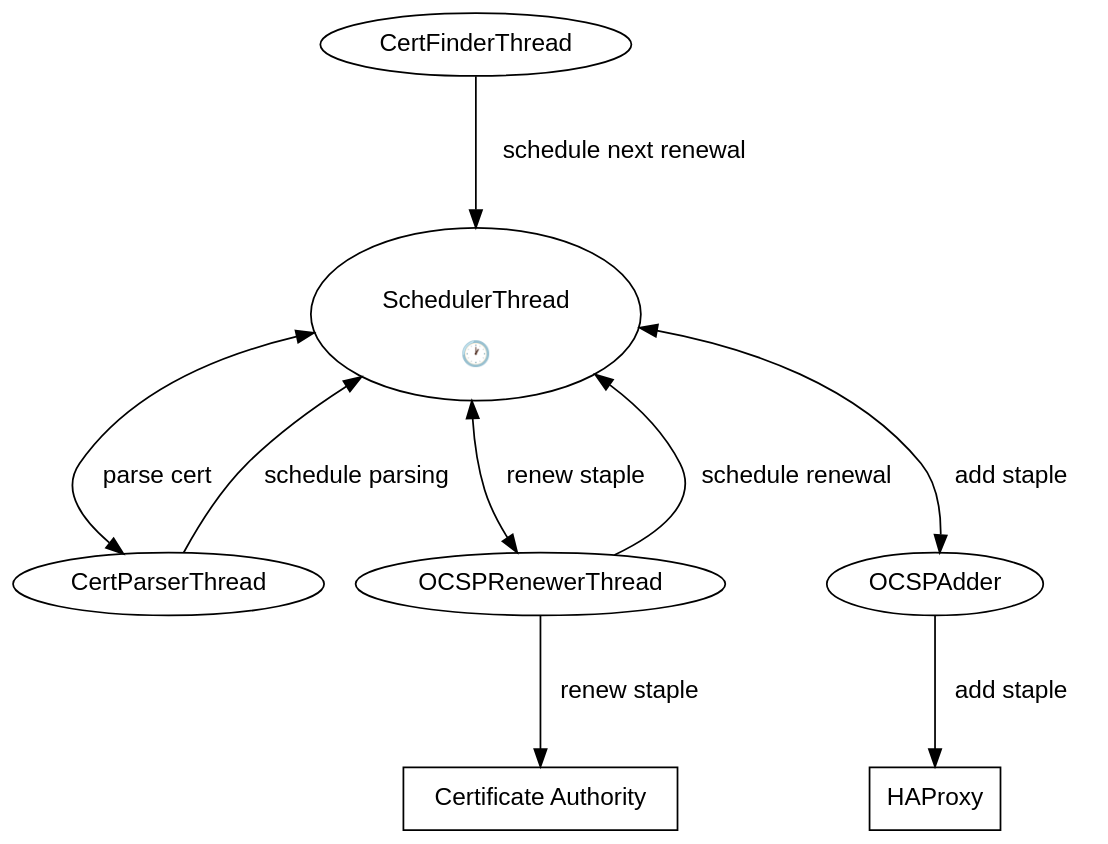
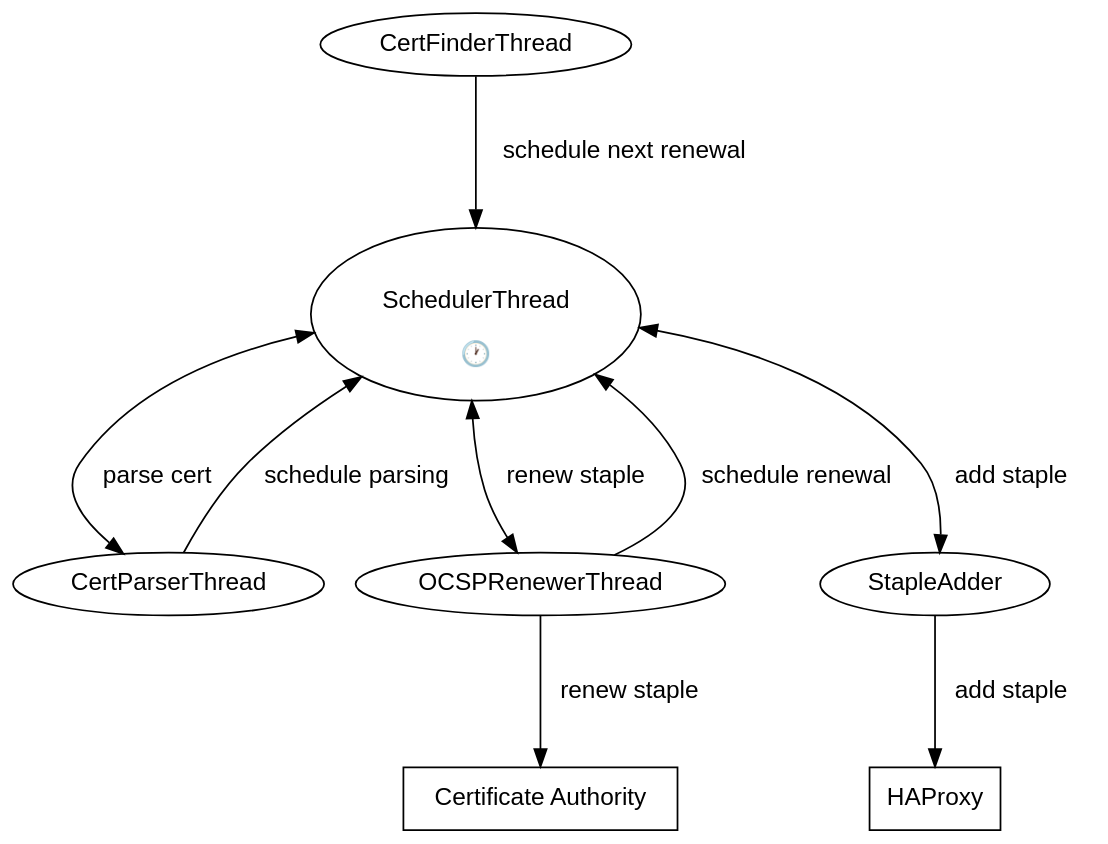
The diagram in docs/source/modules.rst (greenhost/stapled), drawn with Graphviz before and after one commit. The commit also changed other lines of this file and 45 other files, not shown here.

Commit message:
Replace ocspd with stapled and OCSPD with Stapled and OCSP\* with Staple\*, move files from any ocsp(d) to staple(d) too.

```diff
--- a/docs/source/modules.rst
+++ b/docs/source/modules.rst
@@ -30,22 +30,22 @@
 .. graphviz::
 
    digraph {
        graph [fontsize=10, margin=.001, fontname="helvetica" pad=".001", ranksep="1", nodesep="0.001"];
        node [fontname="helvetica"];
        edge [fontname="helvetica"];
-       scheduler [label="\nSchedulerThread\n\n🕐" URL="core.html#ocspd.scheduling.SchedulerThread"]
-       finder [label="CertFinderThread" URL="core.html#ocspd.core.certfinder.CertFinderThread"]
-       parser [label="CertParserThread" URL="core.html#ocspd.core.certparser.CertParserThread"]
-       renewer [label="OCSPRenewerThread" URL="core.html#ocspd.core.ocsprenewer.OCSPRenewerThread"]
-       adder [label="OCSPAdder" URL="core.html#ocspd.core.ocspadder.OCSPAdder"]
+       scheduler [label="\nSchedulerThread\n\n🕐" URL="core.html#stapled.scheduling.SchedulerThread"]
+       finder [label="CertFinderThread" URL="core.html#stapled.core.certfinder.CertFinderThread"]
+       parser [label="CertParserThread" URL="core.html#stapled.core.certparser.CertParserThread"]
+       renewer [label="OCSPRenewerThread" URL="core.html#stapled.core.ocsprenewer.OCSPRenewerThread"]
+       adder [label="StapleAdder" URL="core.html#stapled.core.stapleadder.StapleAdder"]
        haproxy [label=HAProxy shape=box URL="https://www.haproxy.com/"]
        ca[label="Certificate Authority" shape=box URL="https://en.wikipedia.org/wiki/Certificate_authority"]
        finder -> scheduler [label="  schedule next renewal"];
        parser -> scheduler [label=" schedule parsing  "]
        scheduler -> parser [dir="both" label="  parse cert "]
        scheduler -> renewer [dir="both" label="  renew staple    "]
        renewer -> ca [label="  renew staple"]
        renewer -> scheduler [label=" schedule renewal  "]
        scheduler -> adder [dir="both" label="  add staple  "]
        adder -> haproxy [label="  add staple  "]
    }
```
